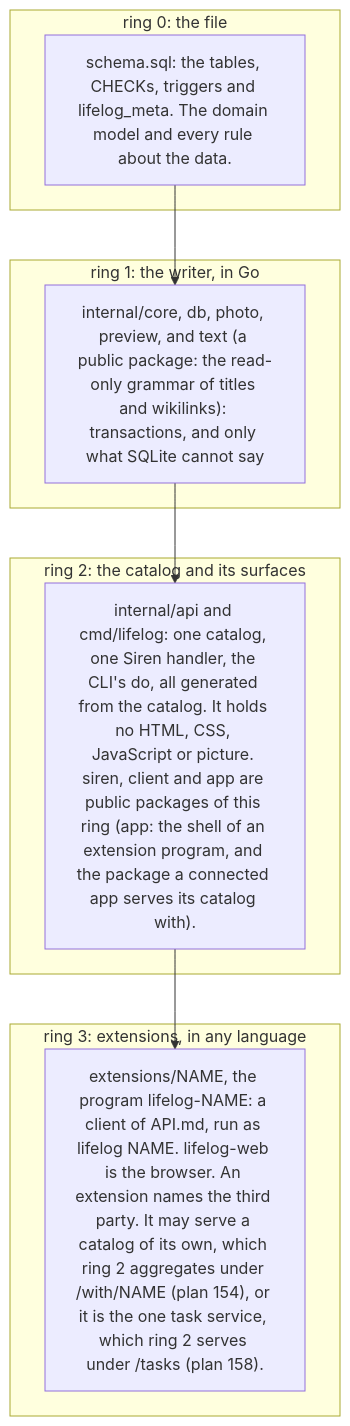
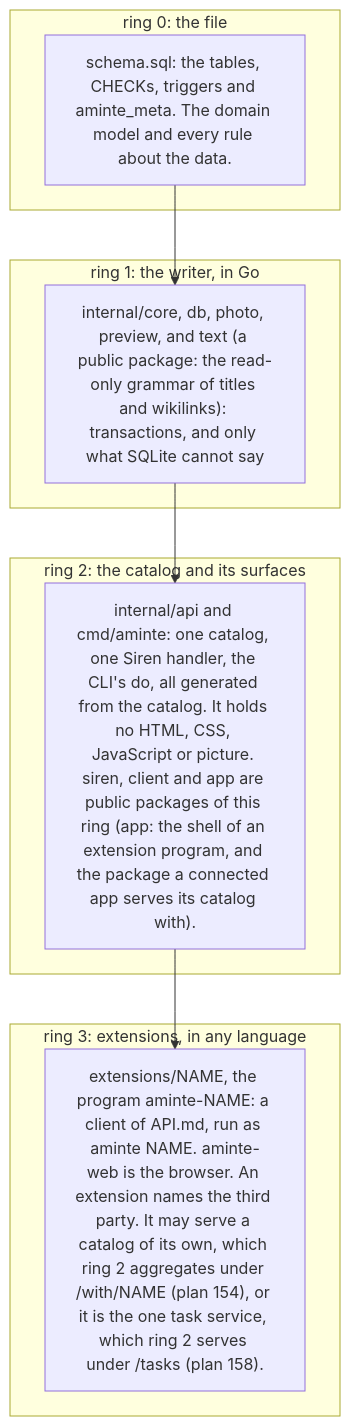
Before and after one commit to alexradunet/aminte: the first of 2 diagrams in AGENTS.md, drawn with Mermaid. The commit also changed other lines of this file and 554 other files, not shown here.

First line of the commit message:
rename the project from lifelog to aminte

````diff
--- a/AGENTS.md
+++ b/AGENTS.md
@@ -164,16 +164,16 @@
 ```mermaid
 flowchart TB
   subgraph R0["ring 0: the file"]
-    S["schema.sql: the tables, CHECKs, triggers and lifelog_meta. The domain model and every rule about the data."]
+    S["schema.sql: the tables, CHECKs, triggers and aminte_meta. The domain model and every rule about the data."]
   end
   subgraph R1["ring 1: the writer, in Go"]
     C["internal/core, db, photo, preview, and text (a public package: the read-only grammar of titles and wikilinks): transactions, and only what SQLite cannot say"]
   end
   subgraph R2["ring 2: the catalog and its surfaces"]
-    K["internal/api and cmd/lifelog: one catalog, one Siren handler, the CLI's do, all generated from the catalog. It holds no HTML, CSS, JavaScript or picture. siren, client and app are public packages of this ring (app: the shell of an extension program, and the package a connected app serves its catalog with)."]
+    K["internal/api and cmd/aminte: one catalog, one Siren handler, the CLI's do, all generated from the catalog. It holds no HTML, CSS, JavaScript or picture. siren, client and app are public packages of this ring (app: the shell of an extension program, and the package a connected app serves its catalog with)."]
   end
   subgraph R3["ring 3: extensions, in any language"]
-    X["extensions/NAME, the program lifelog-NAME: a client of API.md, run as lifelog NAME. lifelog-web is the browser. An extension names the third party. It may serve a catalog of its own, which ring 2 aggregates under /with/NAME (plan 154), or it is the one task service, which ring 2 serves under /tasks (plan 158)."]
+    X["extensions/NAME, the program aminte-NAME: a client of API.md, run as aminte NAME. aminte-web is the browser. An extension names the third party. It may serve a catalog of its own, which ring 2 aggregates under /with/NAME (plan 154), or it is the one task service, which ring 2 serves under /tasks (plan 158)."]
   end
   S --> C --> K --> X
 ```
````
